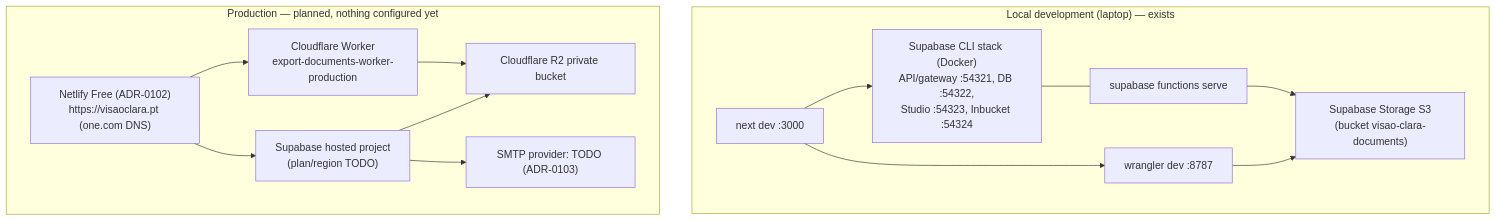
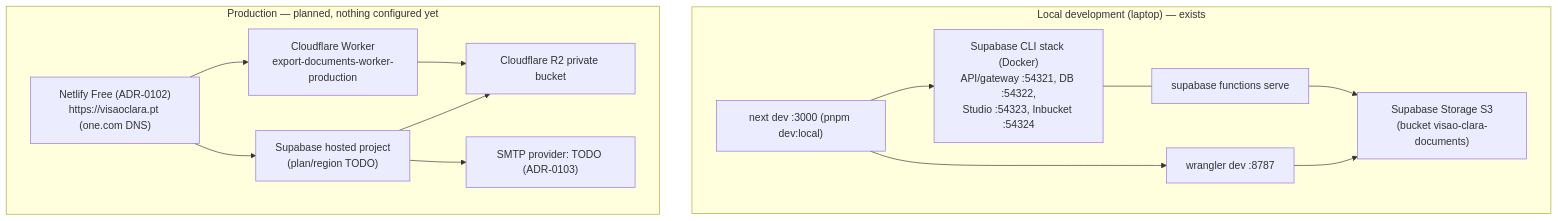
One commit to franciscovaz/visao-clara changed the second of 2 diagrams in docs/architecture/system-overview.md. Above: the diagram before and after it, drawn with Mermaid. The commit also changed other lines of this file and 6 other files, not shown here.

````diff
--- a/docs/architecture/system-overview.md
+++ b/docs/architecture/system-overview.md
@@ -174,28 +174,28 @@
 ```mermaid
 flowchart TB
   subgraph Local["Local development (laptop) — exists"]
-    L1["next dev :3000"]
+    L1["next dev :3000 (pnpm dev:local)"]
     L2["Supabase CLI stack (Docker)<br/>API/gateway :54321, DB :54322,<br/>Studio :54323, Inbucket :54324"]
     L3["supabase functions serve"]
     L4["wrangler dev :8787"]
     L5["Supabase Storage S3<br/>(bucket visao-clara-documents)"]
     L1 --> L2
     L1 --> L4
     L2 --- L3
     L3 --> L5
     L4 --> L5
   end
 
   subgraph Prod["Production — planned, nothing configured yet"]
     P1["Netlify Free (ADR-0102)<br/>https://visaoclara.pt (one.com DNS)"]
     P2["Supabase hosted project<br/>(plan/region TODO)"]
     P3["Cloudflare Worker<br/>export-documents-worker-production"]
     P4["Cloudflare R2 private bucket"]
     P5["SMTP provider: TODO (ADR-0103)"]
     P1 --> P2
     P1 --> P3
     P2 --> P4
     P3 --> P4
     P2 --> P5
   end
 ```
````
